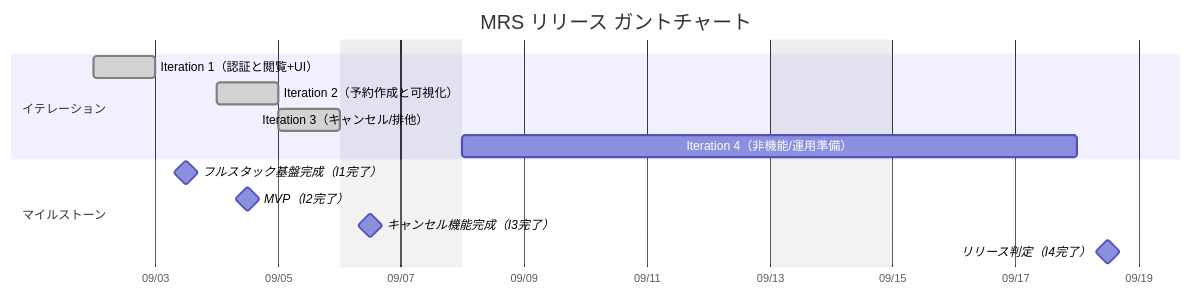
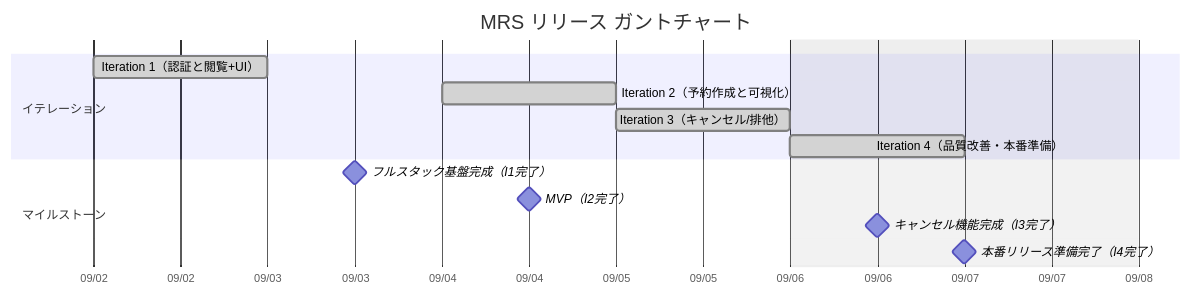
One commit to k2works/ai-programing-exercise changed the first of 2 diagrams in docs/requirements/リリース計画.md. Above: the diagram before and after it, drawn with Mermaid. The commit also changed other lines of this file and 1 other file, not shown here.

First line of the commit message:
docs: update project documentation with iteration 4 completion

````diff
--- a/docs/requirements/リリース計画.md
+++ b/docs/requirements/リリース計画.md
@@ -9,19 +9,19 @@
 ```mermaid
 gantt
   title MRS リリース ガントチャート
   dateFormat  YYYY-MM-DD
   axisFormat  %m/%d
   excludes    weekends
 
   section イテレーション
   Iteration 1（認証と閲覧+UI）    :done, i1, 2025-09-02, 2025-09-03
   Iteration 2（予約作成と可視化） :done, i2, 2025-09-04, 1d
   Iteration 3（キャンセル/排他）  :done, i3, 2025-09-05, 1d
-  Iteration 4（非機能/運用準備）  :i4, after i3, 8d
+  Iteration 4（品質改善・本番準備） :done, i4, 2025-09-06, 1d
 
   section マイルストーン
   フルスタック基盤完成（I1完了）  :milestone, m0, 2025-09-03, 1d
   MVP（I2完了）                  :milestone, m1, 2025-09-04, 1d
   キャンセル機能完成（I3完了）    :milestone, m1_5, 2025-09-05, 1d
-  リリース判定（I4完了）          :milestone, m2, after i4, 1d
+  本番リリース準備完了（I4完了）   :milestone, m2, 2025-09-06, 1d
 ```
````
